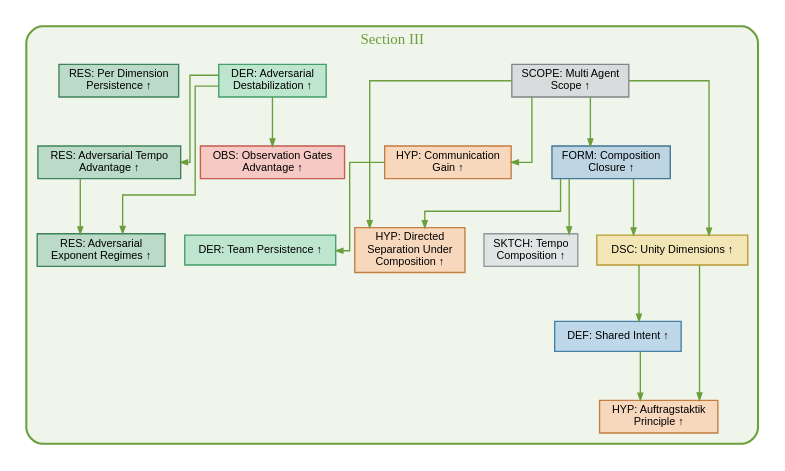
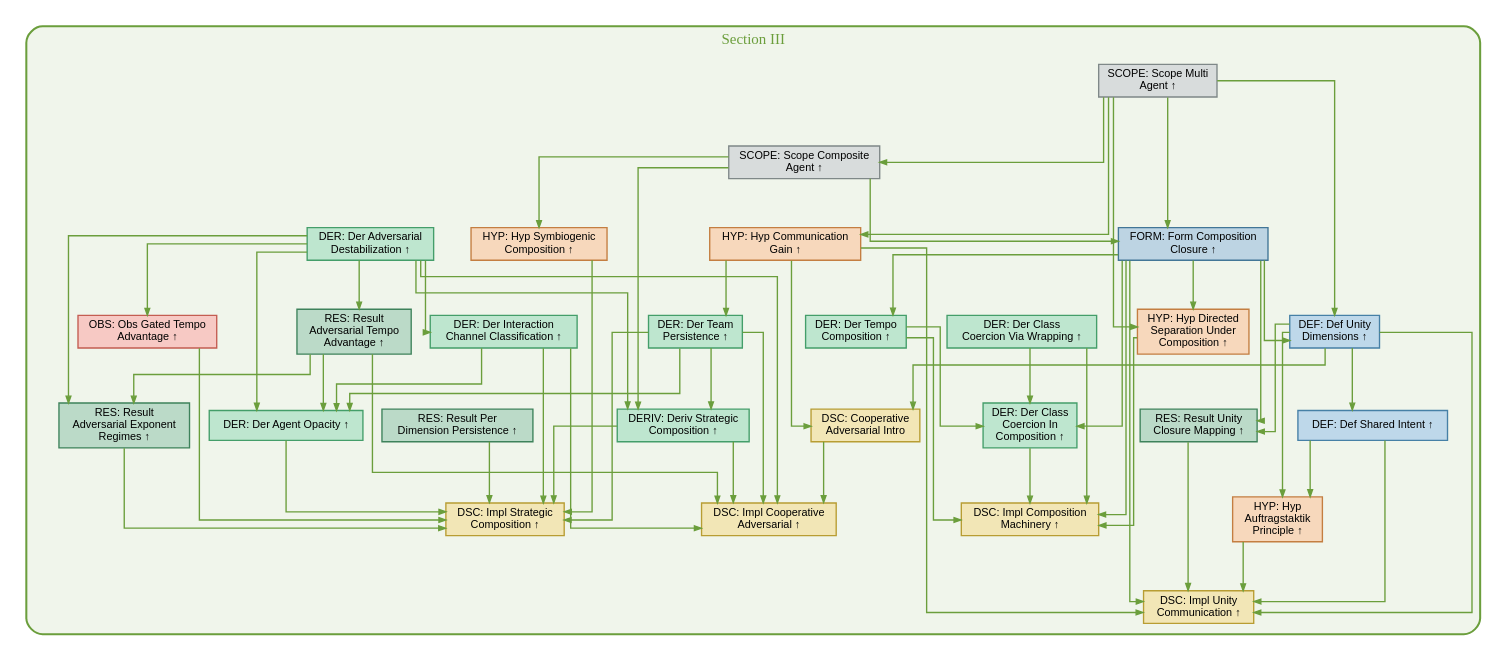
One commit to v2-io/agentic-systems changed the diagram in 01-aat-core/src/img/dep-graph-section-III.dot. Above: the diagram before and after it, drawn with Graphviz. The commit also changed 13 other files, not shown here.

First line of the commit message:
Rename AAD→AAT: sweep mono/ pipeline source + regenerate dep-graphs (Stage 10a — stage-coverage gaps)

```diff
--- a/01-aat-core/src/img/dep-graph-section-III.dot
+++ b/01-aat-core/src/img/dep-graph-section-III.dot
@@ -1,51 +1,107 @@
-digraph AAD_Dependencies {
+digraph AAT_Dependencies {
   rankdir=TB;
   compound=true;
   concentrate=true;
   splines=ortho;
   ranksep=0.5;
   nodesep=0.2;
   node [shape=box fontsize=8 fontname="Helvetica" height=0.3 margin="0.06,0.04"];
   edge [color="#999999" arrowsize=0.5];
 
   subgraph cluster_III {
     label="Section III";
     color="#6b9e3c";
     fontcolor="#6b9e3c";
     bgcolor="#f0f5eb";
     fontsize=11;
     style=rounded;
     penwidth=1.5;
 
-    "multi-agent-scope" [style=filled fillcolor="#d8dcdc" color="#7f8888" penwidth=1.0 label="SCOPE: Multi Agent\nScope ↑"];
-    "composition-closure" [style=filled fillcolor="#bdd4e3" color="#427697" penwidth=1.0 label="FORM: Composition\nClosure ↑"];
-    "tempo-composition" [style=filled fillcolor="#dfe4e4" color="#8e9899" penwidth=1.0 label="SKTCH: Tempo\nComposition ↑"];
-    "directed-separation-under-composition" [style=filled fillcolor="#f7d8bc" color="#c47e41" penwidth=1.0 label="HYP: Directed\nSeparation Under\nComposition ↑"];
-    "unity-dimensions" [style=filled fillcolor="#f2e6b6" color="#b89d33" penwidth=1.0 label="DSC: Unity Dimensions ↑"];
-    "shared-intent" [style=filled fillcolor="#bed8ea" color="#4680a6" penwidth=1.0 label="DEF: Shared Intent ↑"];
-    "auftragstaktik-principle" [style=filled fillcolor="#f7d8bc" color="#c47e41" penwidth=1.0 label="HYP: Auftragstaktik\nPrinciple ↑"];
-    "communication-gain" [style=filled fillcolor="#f7d8bc" color="#c47e41" penwidth=1.0 label="HYP: Communication\nGain ↑"];
-    "team-persistence" [style=filled fillcolor="#bee6cf" color="#449e6a" penwidth=1.0 label="DER: Team Persistence ↑"];
-    "adversarial-destabilization" [style=filled fillcolor="#bee6cf" color="#449e6a" penwidth=1.0 label="DER: Adversarial\nDestabilization ↑"];
-    "adversarial-tempo-advantage" [style=filled fillcolor="#bbdac8" color="#3e825b" penwidth=1.0 label="RES: Adversarial Tempo\nAdvantage ↑"];
-    "adversarial-exponent-regimes" [style=filled fillcolor="#bbdac8" color="#3e825b" penwidth=1.0 label="RES: Adversarial\nExponent Regimes ↑"];
-    "observation-gates-advantage" [style=filled fillcolor="#f7c9c4" color="#c45d52" penwidth=1.0 label="OBS: Observation Gates\nAdvantage ↑"];
-    "per-dimension-persistence" [style=filled fillcolor="#bbdac8" color="#3e825b" penwidth=1.0 label="RES: Per Dimension\nPersistence ↑"];
+    "scope-multi-agent" [style=filled fillcolor="#d8dcdc" color="#7f8888" penwidth=1.0 label="SCOPE: Scope Multi\nAgent ↑"];
+    "scope-composite-agent" [style=filled fillcolor="#d8dcdc" color="#7f8888" penwidth=1.0 label="SCOPE: Scope Composite\nAgent ↑"];
+    "hyp-symbiogenic-composition" [style=filled fillcolor="#f7d8bc" color="#c47e41" penwidth=1.0 label="HYP: Hyp Symbiogenic\nComposition ↑"];
+    "form-composition-closure" [style=filled fillcolor="#bdd4e3" color="#427697" penwidth=1.0 label="FORM: Form Composition\nClosure ↑"];
+    "der-tempo-composition" [style=filled fillcolor="#bee6cf" color="#449e6a" penwidth=1.0 label="DER: Der Tempo\nComposition ↑"];
+    "hyp-directed-separation-under-composition" [style=filled fillcolor="#f7d8bc" color="#c47e41" penwidth=1.0 label="HYP: Hyp Directed\nSeparation Under\nComposition ↑"];
+    "der-class-coercion-via-wrapping" [style=filled fillcolor="#bee6cf" color="#449e6a" penwidth=1.0 label="DER: Der Class\nCoercion Via Wrapping ↑"];
+    "der-class-coercion-in-composition" [style=filled fillcolor="#bee6cf" color="#449e6a" penwidth=1.0 label="DER: Der Class\nCoercion In\nComposition ↑"];
+    "impl-composition-machinery" [style=filled fillcolor="#f2e6b6" color="#b89d33" penwidth=1.0 label="DSC: Impl Composition\nMachinery ↑"];
+    "def-unity-dimensions" [style=filled fillcolor="#bed8ea" color="#4680a6" penwidth=1.0 label="DEF: Def Unity\nDimensions ↑"];
+    "result-unity-closure-mapping" [style=filled fillcolor="#bbdac8" color="#3e825b" penwidth=1.0 label="RES: Result Unity\nClosure Mapping ↑"];
+    "def-shared-intent" [style=filled fillcolor="#bed8ea" color="#4680a6" penwidth=1.0 label="DEF: Def Shared Intent ↑"];
+    "hyp-auftragstaktik-principle" [style=filled fillcolor="#f7d8bc" color="#c47e41" penwidth=1.0 label="HYP: Hyp\nAuftragstaktik\nPrinciple ↑"];
+    "hyp-communication-gain" [style=filled fillcolor="#f7d8bc" color="#c47e41" penwidth=1.0 label="HYP: Hyp Communication\nGain ↑"];
+    "impl-unity-communication" [style=filled fillcolor="#f2e6b6" color="#b89d33" penwidth=1.0 label="DSC: Impl Unity\nCommunication ↑"];
+    "cooperative-adversarial-intro" [style=filled fillcolor="#f2e6b6" color="#b89d33" penwidth=1.0 label="DSC: Cooperative\nAdversarial Intro"];
+    "der-team-persistence" [style=filled fillcolor="#bee6cf" color="#449e6a" penwidth=1.0 label="DER: Der Team\nPersistence ↑"];
+    "der-adversarial-destabilization" [style=filled fillcolor="#bee6cf" color="#449e6a" penwidth=1.0 label="DER: Der Adversarial\nDestabilization ↑"];
+    "der-interaction-channel-classification" [style=filled fillcolor="#bee6cf" color="#449e6a" penwidth=1.0 label="DER: Der Interaction\nChannel Classification ↑"];
+    "result-adversarial-tempo-advantage" [style=filled fillcolor="#bbdac8" color="#3e825b" penwidth=1.0 label="RES: Result\nAdversarial Tempo\nAdvantage ↑"];
+    "impl-cooperative-adversarial" [style=filled fillcolor="#f2e6b6" color="#b89d33" penwidth=1.0 label="DSC: Impl Cooperative\nAdversarial ↑"];
+    "deriv-strategic-composition" [style=filled fillcolor="#bee6cf" color="#449e6a" penwidth=1.0 label="DERIV: Deriv Strategic\nComposition ↑"];
+    "der-agent-opacity" [style=filled fillcolor="#bee6cf" color="#449e6a" penwidth=1.0 label="DER: Der Agent Opacity ↑"];
+    "result-adversarial-exponent-regimes" [style=filled fillcolor="#bbdac8" color="#3e825b" penwidth=1.0 label="RES: Result\nAdversarial Exponent\nRegimes ↑"];
+    "obs-gated-tempo-advantage" [style=filled fillcolor="#f7c9c4" color="#c45d52" penwidth=1.0 label="OBS: Obs Gated Tempo\nAdvantage ↑"];
+    "result-per-dimension-persistence" [style=filled fillcolor="#bbdac8" color="#3e825b" penwidth=1.0 label="RES: Result Per\nDimension Persistence ↑"];
+    "impl-strategic-composition" [style=filled fillcolor="#f2e6b6" color="#b89d33" penwidth=1.0 label="DSC: Impl Strategic\nComposition ↑"];
   }
 
-  "multi-agent-scope" -> "unity-dimensions" [color="#6b9e3c"];
-  "composition-closure" -> "unity-dimensions" [color="#6b9e3c"];
-  "adversarial-destabilization" -> "adversarial-exponent-regimes" [color="#6b9e3c"];
-  "adversarial-tempo-advantage" -> "adversarial-exponent-regimes" [color="#6b9e3c"];
-  "multi-agent-scope" -> "directed-separation-under-composition" [color="#6b9e3c"];
-  "composition-closure" -> "directed-separation-under-composition" [color="#6b9e3c"];
-  "multi-agent-scope" -> "communication-gain" [color="#6b9e3c"];
-  "adversarial-destabilization" -> "observation-gates-advantage" [color="#6b9e3c"];
-  "multi-agent-scope" -> "composition-closure" [color="#6b9e3c"];
-  "composition-closure" -> "tempo-composition" [color="#6b9e3c"];
-  "unity-dimensions" -> "shared-intent" [color="#6b9e3c"];
-  "communication-gain" -> "team-persistence" [color="#6b9e3c"];
-  "adversarial-destabilization" -> "adversarial-tempo-advantage" [color="#6b9e3c"];
-  "shared-intent" -> "auftragstaktik-principle" [color="#6b9e3c"];
-  "unity-dimensions" -> "auftragstaktik-principle" [color="#6b9e3c"];
+  "form-composition-closure" -> "impl-composition-machinery" [color="#6b9e3c"];
+  "der-tempo-composition" -> "impl-composition-machinery" [color="#6b9e3c"];
+  "hyp-directed-separation-under-composition" -> "impl-composition-machinery" [color="#6b9e3c"];
+  "der-class-coercion-via-wrapping" -> "impl-composition-machinery" [color="#6b9e3c"];
+  "der-class-coercion-in-composition" -> "impl-composition-machinery" [color="#6b9e3c"];
+  "hyp-communication-gain" -> "cooperative-adversarial-intro" [color="#6b9e3c"];
+  "def-unity-dimensions" -> "cooperative-adversarial-intro" [color="#6b9e3c"];
+  "scope-composite-agent" -> "deriv-strategic-composition" [color="#6b9e3c"];
+  "der-adversarial-destabilization" -> "deriv-strategic-composition" [color="#6b9e3c"];
+  "der-team-persistence" -> "deriv-strategic-composition" [color="#6b9e3c"];
+  "scope-multi-agent" -> "hyp-communication-gain" [color="#6b9e3c"];
+  "der-adversarial-destabilization" -> "result-adversarial-exponent-regimes" [color="#6b9e3c"];
+  "result-adversarial-tempo-advantage" -> "result-adversarial-exponent-regimes" [color="#6b9e3c"];
+  "def-unity-dimensions" -> "def-shared-intent" [color="#6b9e3c"];
+  "scope-composite-agent" -> "hyp-symbiogenic-composition" [color="#6b9e3c"];
+  "der-adversarial-destabilization" -> "result-adversarial-tempo-advantage" [color="#6b9e3c"];
+  "form-composition-closure" -> "der-tempo-composition" [color="#6b9e3c"];
+  "hyp-communication-gain" -> "der-team-persistence" [color="#6b9e3c"];
+  "scope-multi-agent" -> "hyp-directed-separation-under-composition" [color="#6b9e3c"];
+  "form-composition-closure" -> "hyp-directed-separation-under-composition" [color="#6b9e3c"];
+  "scope-multi-agent" -> "def-unity-dimensions" [color="#6b9e3c"];
+  "form-composition-closure" -> "def-unity-dimensions" [color="#6b9e3c"];
+  "def-unity-dimensions" -> "result-unity-closure-mapping" [color="#6b9e3c"];
+  "form-composition-closure" -> "result-unity-closure-mapping" [color="#6b9e3c"];
+  "deriv-strategic-composition" -> "impl-strategic-composition" [color="#6b9e3c"];
+  "der-agent-opacity" -> "impl-strategic-composition" [color="#6b9e3c"];
+  "result-adversarial-exponent-regimes" -> "impl-strategic-composition" [color="#6b9e3c"];
+  "obs-gated-tempo-advantage" -> "impl-strategic-composition" [color="#6b9e3c"];
+  "result-per-dimension-persistence" -> "impl-strategic-composition" [color="#6b9e3c"];
+  "hyp-symbiogenic-composition" -> "impl-strategic-composition" [color="#6b9e3c"];
+  "der-interaction-channel-classification" -> "impl-strategic-composition" [color="#6b9e3c"];
+  "der-team-persistence" -> "impl-strategic-composition" [color="#6b9e3c"];
+  "def-unity-dimensions" -> "impl-unity-communication" [color="#6b9e3c"];
+  "result-unity-closure-mapping" -> "impl-unity-communication" [color="#6b9e3c"];
+  "def-shared-intent" -> "impl-unity-communication" [color="#6b9e3c"];
+  "hyp-auftragstaktik-principle" -> "impl-unity-communication" [color="#6b9e3c"];
+  "hyp-communication-gain" -> "impl-unity-communication" [color="#6b9e3c"];
+  "form-composition-closure" -> "impl-unity-communication" [color="#6b9e3c"];
+  "scope-multi-agent" -> "scope-composite-agent" [color="#6b9e3c"];
+  "der-adversarial-destabilization" -> "der-interaction-channel-classification" [color="#6b9e3c"];
+  "der-team-persistence" -> "impl-cooperative-adversarial" [color="#6b9e3c"];
+  "der-adversarial-destabilization" -> "impl-cooperative-adversarial" [color="#6b9e3c"];
+  "der-interaction-channel-classification" -> "impl-cooperative-adversarial" [color="#6b9e3c"];
+  "result-adversarial-tempo-advantage" -> "impl-cooperative-adversarial" [color="#6b9e3c"];
+  "cooperative-adversarial-intro" -> "impl-cooperative-adversarial" [color="#6b9e3c"];
+  "deriv-strategic-composition" -> "impl-cooperative-adversarial" [color="#6b9e3c"];
+  "der-class-coercion-via-wrapping" -> "der-class-coercion-in-composition" [color="#6b9e3c"];
+  "form-composition-closure" -> "der-class-coercion-in-composition" [color="#6b9e3c"];
+  "der-tempo-composition" -> "der-class-coercion-in-composition" [color="#6b9e3c"];
+  "der-interaction-channel-classification" -> "der-agent-opacity" [color="#6b9e3c"];
+  "der-adversarial-destabilization" -> "der-agent-opacity" [color="#6b9e3c"];
+  "result-adversarial-tempo-advantage" -> "der-agent-opacity" [color="#6b9e3c"];
+  "der-team-persistence" -> "der-agent-opacity" [color="#6b9e3c"];
+  "scope-composite-agent" -> "form-composition-closure" [color="#6b9e3c"];
+  "scope-multi-agent" -> "form-composition-closure" [color="#6b9e3c"];
+  "def-shared-intent" -> "hyp-auftragstaktik-principle" [color="#6b9e3c"];
+  "def-unity-dimensions" -> "hyp-auftragstaktik-principle" [color="#6b9e3c"];
+  "der-adversarial-destabilization" -> "obs-gated-tempo-advantage" [color="#6b9e3c"];
 }
```
